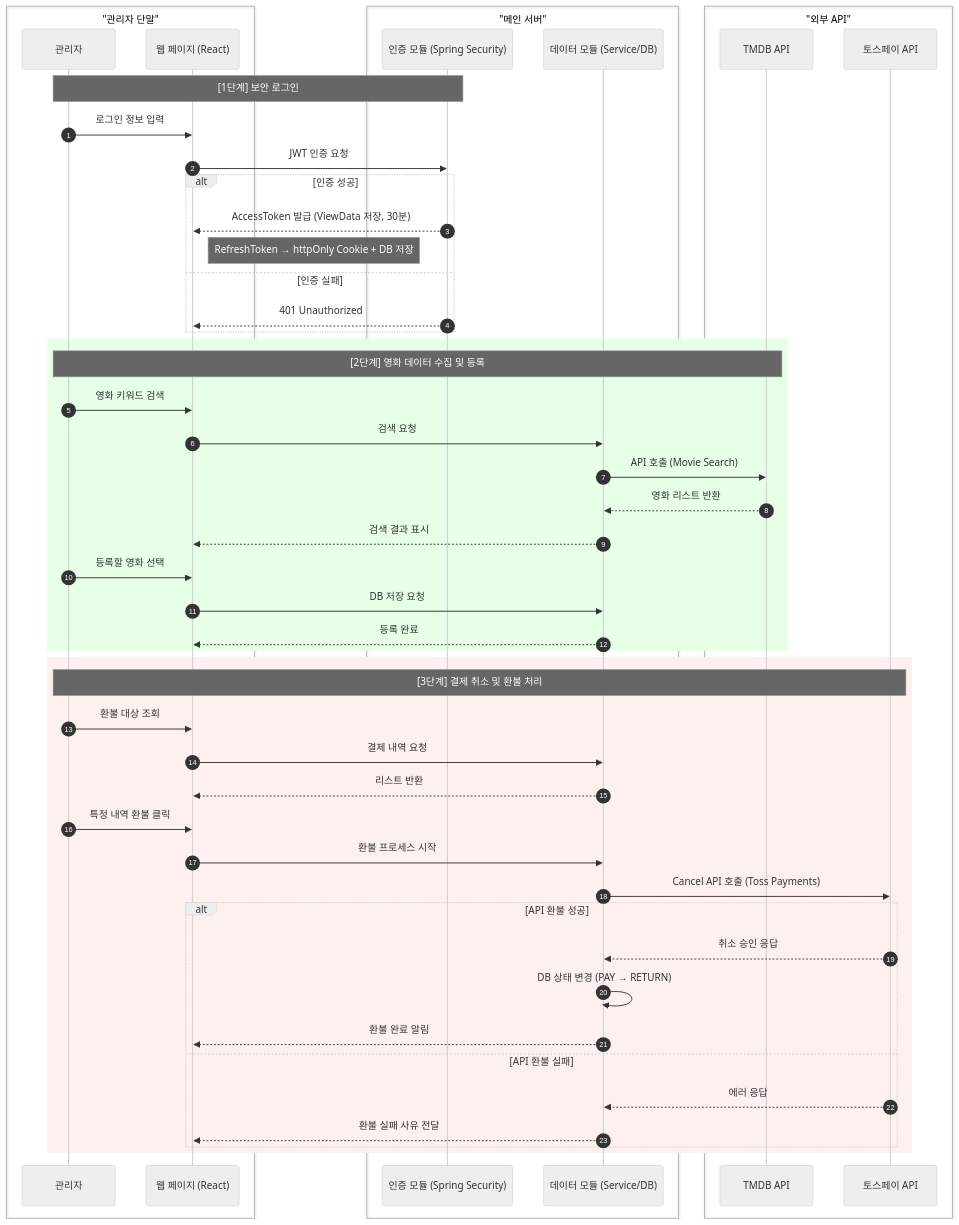
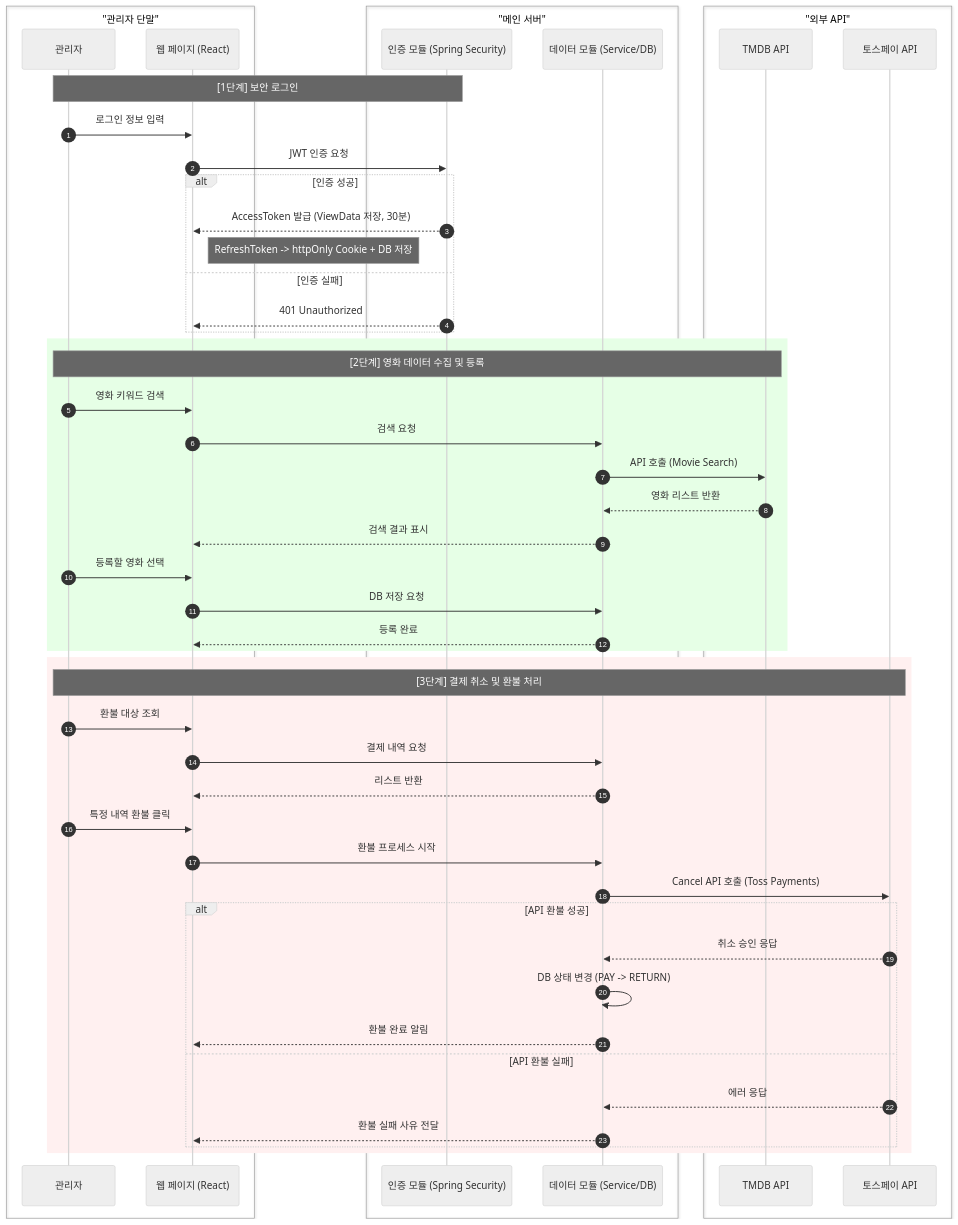
One commit to Polaris6000/cineos_view changed the third of 3 diagrams in README.md. Above: the diagram before and after it, drawn with Mermaid (neutral theme). The commit also changed other lines of this file, not shown here.

````diff
--- a/README.md
+++ b/README.md
@@ -438,56 +456,56 @@
 ```mermaid
 sequenceDiagram
     autonumber
     box "관리자 단말"
         participant Admin as 관리자
         participant App as 웹 페이지 (React)
     end
     box "메인 서버"
         participant Auth as 인증 모듈 (Spring Security)
         participant Data as 데이터 모듈 (Service/DB)
     end
     box "외부 API"
         participant TMDB as TMDB API
         participant Pay as 토스페이 API
     end
 
     Note over Admin, Auth: [1단계] 보안 로그인
     Admin ->> App: 로그인 정보 입력
     App ->> Auth: JWT 인증 요청
     alt 인증 성공
         Auth -->> App: AccessToken 발급 (ViewData 저장, 30분)
-        Note right of App: RefreshToken → httpOnly Cookie + DB 저장
+        Note right of App: RefreshToken -> httpOnly Cookie + DB 저장
     else 인증 실패
         Auth -->> App: 401 Unauthorized
     end
 
     rect rgb(230, 255, 230)
         Note over Admin, TMDB: [2단계] 영화 데이터 수집 및 등록
         Admin ->> App: 영화 키워드 검색
         App ->> Data: 검색 요청
         Data ->> TMDB: API 호출 (Movie Search)
         TMDB -->> Data: 영화 리스트 반환
         Data -->> App: 검색 결과 표시
         Admin ->> App: 등록할 영화 선택
         App ->> Data: DB 저장 요청
         Data -->> App: 등록 완료
     end
 
     rect rgb(255, 240, 240)
         Note over Admin, Pay: [3단계] 결제 취소 및 환불 처리
         Admin ->> App: 환불 대상 조회
         App ->> Data: 결제 내역 요청
         Data -->> App: 리스트 반환
         Admin ->> App: 특정 내역 환불 클릭
         App ->> Data: 환불 프로세스 시작
         Data ->> Pay: Cancel API 호출 (Toss Payments)
         alt API 환불 성공
             Pay -->> Data: 취소 승인 응답
-            Data ->> Data: DB 상태 변경 (PAY → RETURN)
+            Data ->> Data: DB 상태 변경 (PAY -> RETURN)
             Data -->> App: 환불 완료 알림
         else API 환불 실패
             Pay -->> Data: 에러 응답
             Data -->> App: 환불 실패 사유 전달
         end
     end
 ```
````
